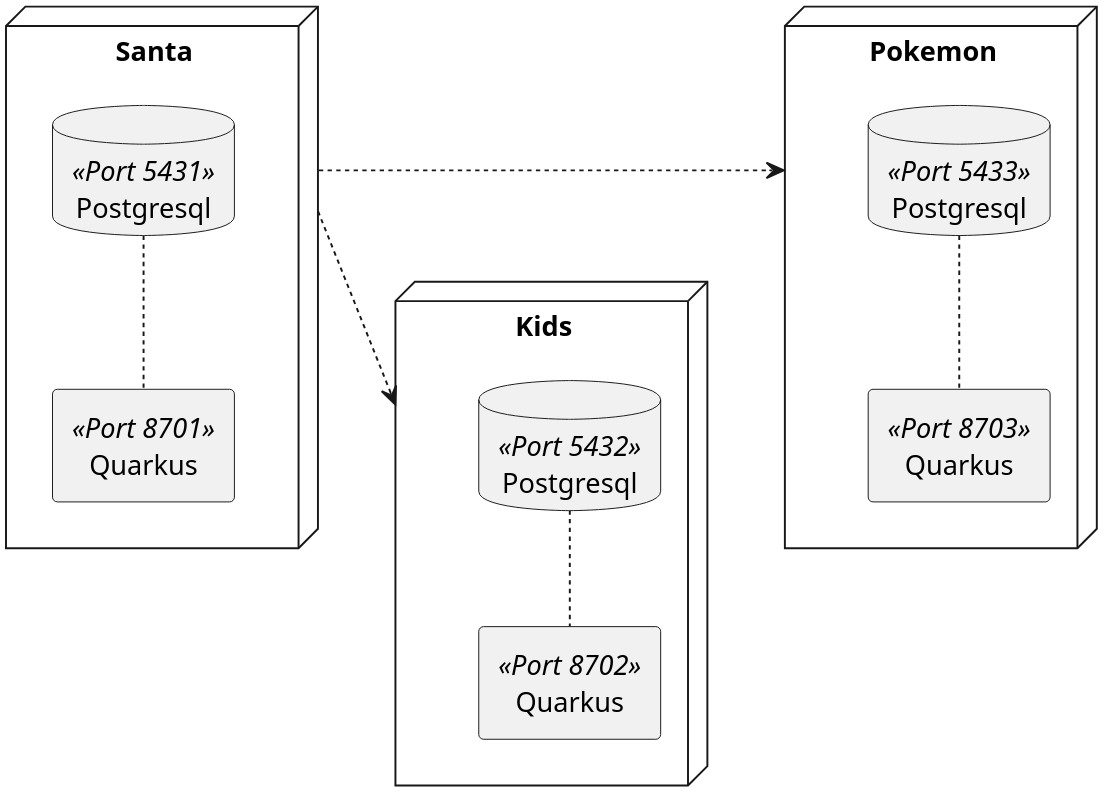
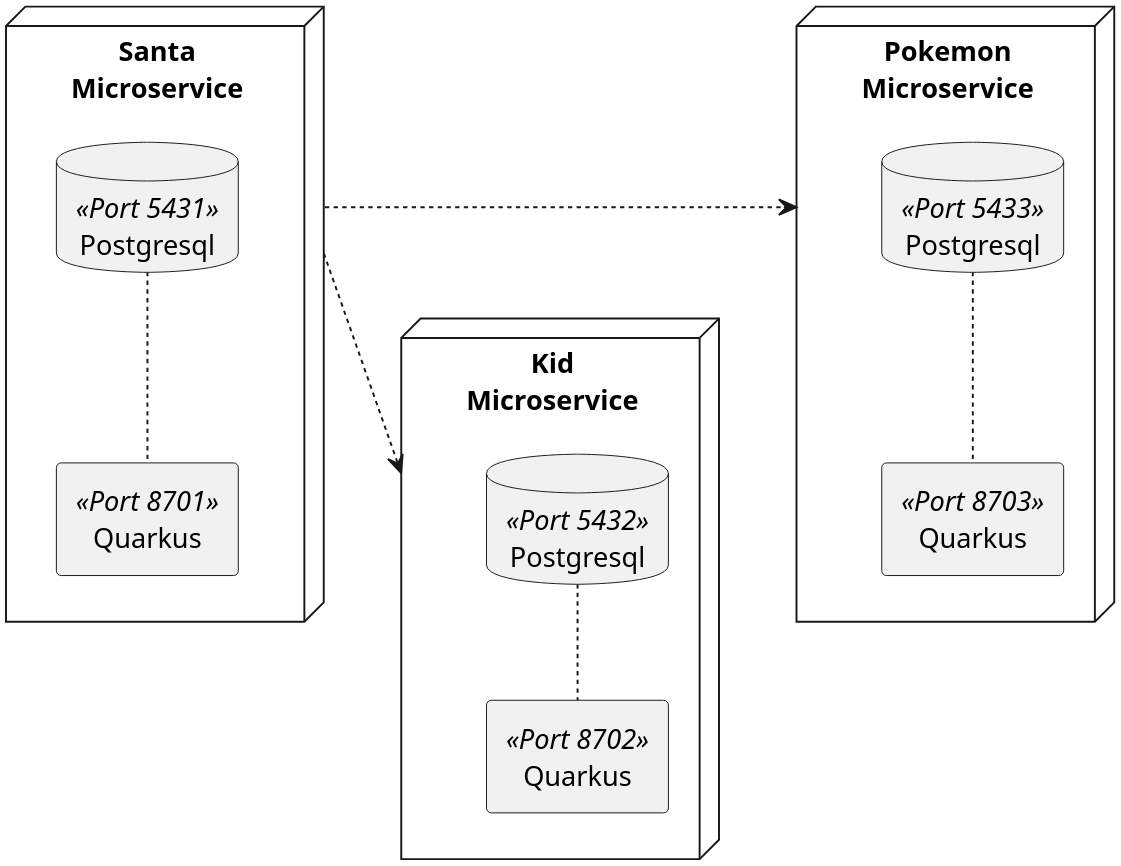
One commit to agoncal/agoncal-articles changed the diagram in 2020-12-JavaAdvent/docs/src/docs/plantuml/javaadvent-figure-architecture.puml. Above: the diagram before and after it, drawn with PlantUML. The commit also changed 9 other files, not shown here.

```diff
--- a/2020-12-JavaAdvent/docs/src/docs/plantuml/javaadvent-figure-architecture.puml
+++ b/2020-12-JavaAdvent/docs/src/docs/plantuml/javaadvent-figure-architecture.puml
@@ -1,26 +1,26 @@
 @startuml
 skinparam dpi 300
 allow_mixing
 
-node "Santa" as santa {
+node "Santa\nMicroservice" as santa {
     agent "Quarkus" as santaQuarkus <<Port 8701>>
     database "Postgresql" as santaPostgresql <<Port 5431>>
     santaPostgresql .. santaQuarkus
 }
 
-node "Kids" as kids {
+node "Kid\nMicroservice" as kids {
     agent "Quarkus" as kidsQuarkus <<Port 8702>>
     database "Postgresql" as bookPostgresql <<Port 5432>>
     bookPostgresql .. kidsQuarkus
 }
 
-node "Pokemon" as pokemon {
+node "Pokemon\nMicroservice" as pokemon {
     agent "Quarkus" as pokemonQuarkus <<Port 8703>>
     database "Postgresql" as pokemonPostgresql <<Port 5433>>
     pokemonPostgresql .. pokemonQuarkus
 }
 
 santa ..> kids
 santa .> pokemon
 
 @enduml
```
